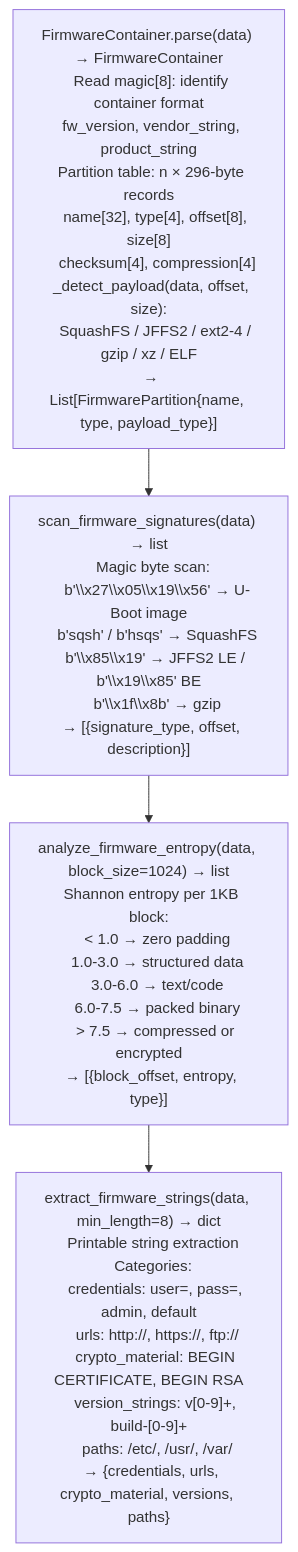
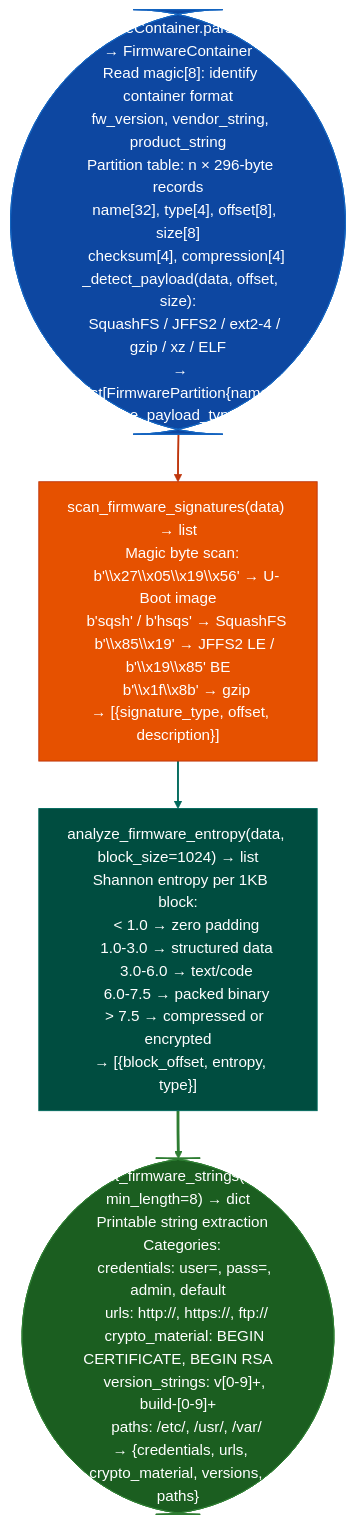
One commit to Ablation-Tool/ablation changed the diagram in docs/reference-modules/hardware-root-discovery.md. Above: the diagram before and after it, drawn with Mermaid. The commit also changed 320 other files, not shown here.

First line of the commit message:
docs: apply canonical Mermaid template to all 321 diagrams

````diff
--- a/docs/reference-modules/hardware-root-discovery.md
+++ b/docs/reference-modules/hardware-root-discovery.md
@@ -19,6 +19,15 @@
 ```mermaid
 flowchart TD
-    A["FirmwareContainer.parse(data) → FirmwareContainer\n  Read magic[8]: identify container format\n  fw_version, vendor_string, product_string\n  Partition table: n × 296-byte records\n    name[32], type[4], offset[8], size[8]\n    checksum[4], compression[4]\n  _detect_payload(data, offset, size):\n    SquashFS / JFFS2 / ext2-4 / gzip / xz / ELF\n  → List[FirmwarePartition{name, type, payload_type}]"] --> B["scan_firmware_signatures(data) → list\n  Magic byte scan:\n    b'\\x27\\x05\\x19\\x56' → U-Boot image\n    b'sqsh' / b'hsqs' → SquashFS\n    b'\\x85\\x19' → JFFS2 LE / b'\\x19\\x85' BE\n    b'\\x1f\\x8b' → gzip\n  → [{signature_type, offset, description}]"]
-    B --> C["analyze_firmware_entropy(data, block_size=1024) → list\n  Shannon entropy per 1KB block:\n    < 1.0 → zero padding\n    1.0-3.0 → structured data\n    3.0-6.0 → text/code\n    6.0-7.5 → packed binary\n    > 7.5 → compressed or encrypted\n  → [{block_offset, entropy, type}]"]
-    C --> D["extract_firmware_strings(data, min_length=8) → dict\n  Printable string extraction\n  Categories:\n    credentials: user=, pass=, admin, default\n    urls: http://, https://, ftp://\n    crypto_material: BEGIN CERTIFICATE, BEGIN RSA\n    version_strings: v[0-9]+, build-[0-9]+\n    paths: /etc/, /usr/, /var/\n  → {credentials, urls, crypto_material, versions, paths}"]
+    A(["FirmwareContainer.parse(data) → FirmwareContainer\n  Read magic[8]: identify container format\n  fw_version, vendor_string, product_string\n  Partition table: n × 296-byte records\n    name[32], type[4], offset[8], size[8]\n    checksum[4], compression[4]\n  _detect_payload(data, offset, size):\n    SquashFS / JFFS2 / ext2-4 / gzip / xz / ELF\n  → List[FirmwarePartition{name, type, payload_type}]"]):::input --> B["scan_firmware_signatures(data) → list\n  Magic byte scan:\n    b'\\x27\\x05\\x19\\x56' → U-Boot image\n    b'sqsh' / b'hsqs' → SquashFS\n    b'\\x85\\x19' → JFFS2 LE / b'\\x19\\x85' BE\n    b'\\x1f\\x8b' → gzip\n  → [{signature_type, offset, description}]"]:::primary
+    B:::primary --> C["analyze_firmware_entropy(data, block_size=1024) → list\n  Shannon entropy per 1KB block:\n    < 1.0 → zero padding\n    1.0-3.0 → structured data\n    3.0-6.0 → text/code\n    6.0-7.5 → packed binary\n    > 7.5 → compressed or encrypted\n  → [{block_offset, entropy, type}]"]:::secondary
+    C:::secondary --> D(["extract_firmware_strings(data, min_length=8) → dict\n  Printable string extraction\n  Categories:\n    credentials: user=, pass=, admin, default\n    urls: http://, https://, ftp://\n    crypto_material: BEGIN CERTIFICATE, BEGIN RSA\n    version_strings: v[0-9]+, build-[0-9]+\n    paths: /etc/, /usr/, /var/\n  → {credentials, urls, crypto_material, versions, paths}"]):::output
+    classDef input     fill:#0d47a1,stroke:#1565c0,color:#fff
+    classDef primary   fill:#e65100,stroke:#bf360c,color:#fff
+    classDef secondary fill:#004d40,stroke:#00695c,color:#fff
+    classDef tertiary  fill:#4a148c,stroke:#6a1b9a,color:#fff
+    classDef neutral   fill:#37474f,stroke:#546e7a,color:#fff
+    classDef output    fill:#1b5e20,stroke:#2e7d32,color:#fff
+    linkStyle 0 stroke:#bf360c,stroke-width:2px
+    linkStyle 1 stroke:#00695c,stroke-width:2px
+    linkStyle 2 stroke:#2e7d32,stroke-width:3px
 ```
````
